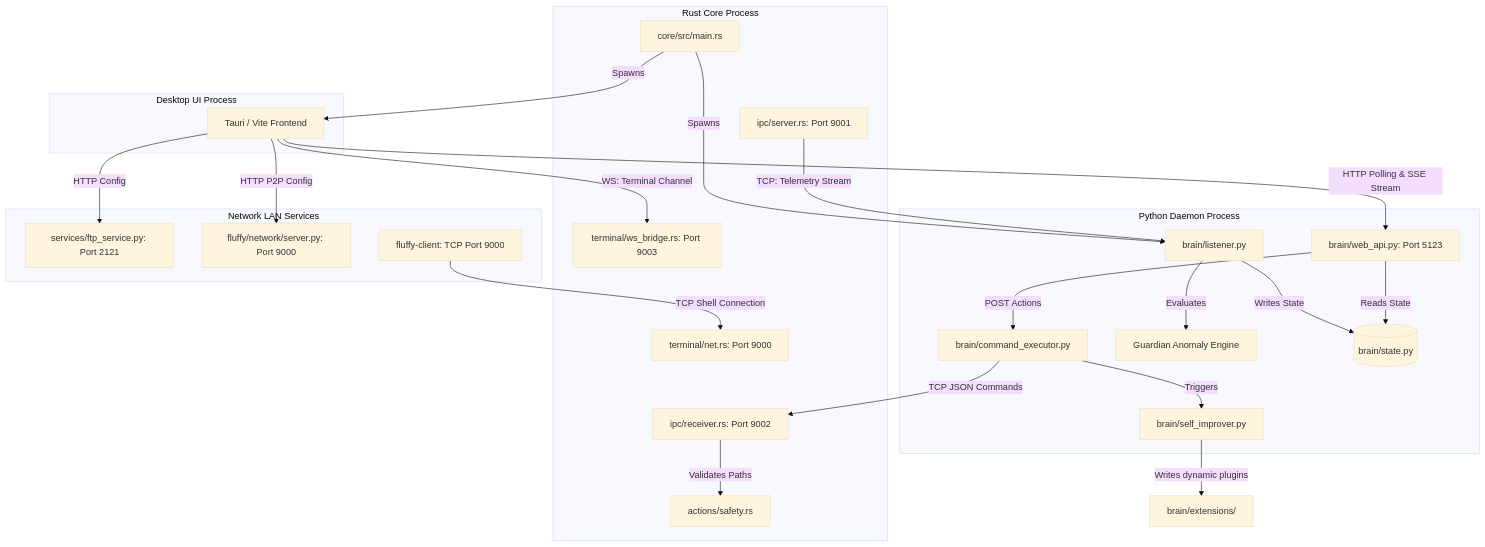
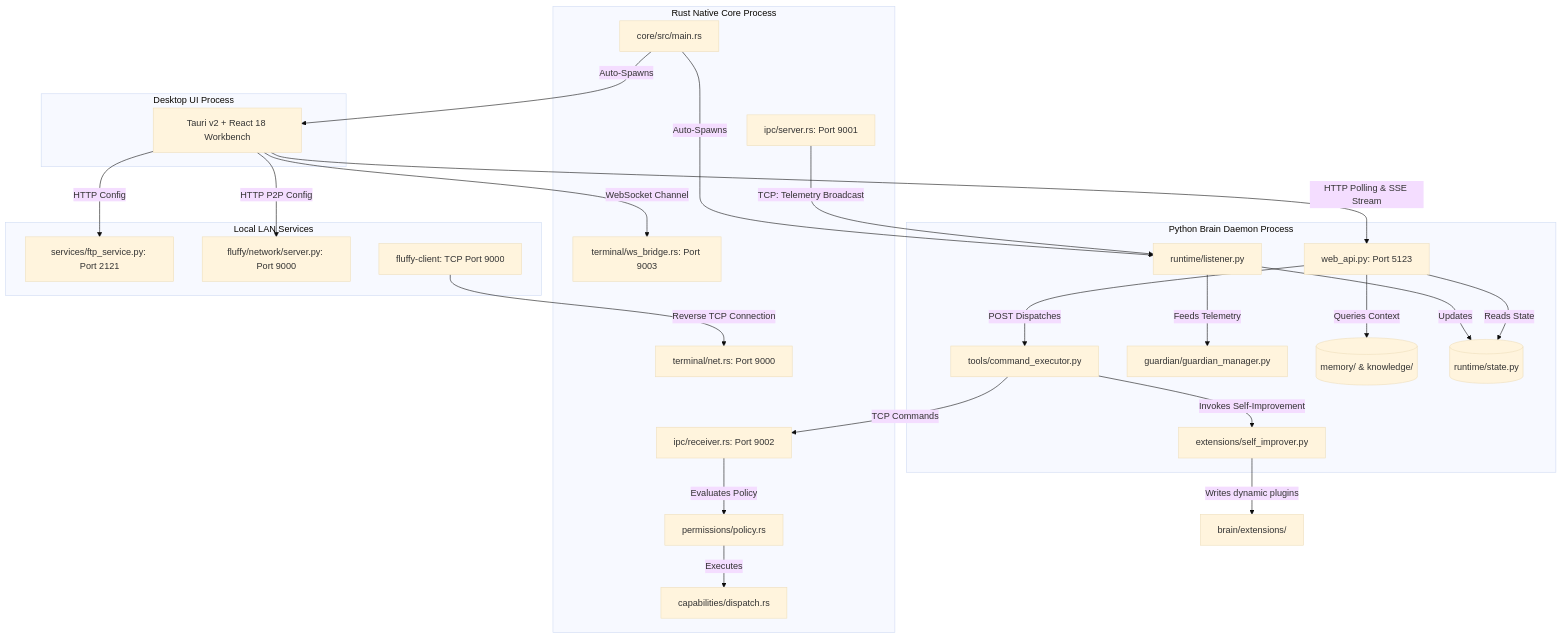
Before and after one commit to peryton00/Fluffy_Assistent: the diagram in agent.md, drawn with Mermaid (base theme). The commit also changed other lines of this file and 29 other files, not shown here.

Commit message:
docs: establish comprehensive documentation hub and reorganize architecture guides

````diff
--- a/agent.md
+++ b/agent.md
@@ -300,54 +190,56 @@
 ```mermaid
 graph TD
-    subgraph Rust Core Process
-        main[core/src/main.rs]
+    subgraph Rust Native Core Process
+        core_main[core/src/main.rs]
         cmd_srv[ipc/receiver.rs: Port 9002]
         tel_srv[ipc/server.rs: Port 9001]
         ws_srv[terminal/ws_bridge.rs: Port 9003]
         term_listener[terminal/net.rs: Port 9000]
-        safety[actions/safety.rs]
+        safety_policy[permissions/policy.rs]
+        cap_dispatch[capabilities/dispatch.rs]
     end
 
-    subgraph Python Daemon Process
-        listener[brain/listener.py]
-        flask[brain/web_api.py: Port 5123]
-        executor[brain/command_executor.py]
-        improver[brain/self_improver.py]
-        guardian[Guardian Anomaly Engine]
-        state[(brain/state.py)]
+    subgraph Python Brain Daemon Process
+        py_listener[runtime/listener.py]
+        flask_api[web_api.py: Port 5123]
+        agent_exec[tools/command_executor.py]
+        improver[extensions/self_improver.py]
+        guardian_engine[guardian/guardian_manager.py]
+        mem_store[(memory/ & knowledge/)]
+        global_state[(runtime/state.py)]
     end
 
     subgraph Desktop UI Process
-        tauri[Tauri / Vite Frontend]
+        tauri_app[Tauri v2 + React 18 Workbench]
     end
 
-    subgraph Network LAN Services
-        ftp[services/ftp_service.py: Port 2121]
+    subgraph Local LAN Services
+        ftp_service[services/ftp_service.py: Port 2121]
         p2p_node[fluffy/network/server.py: Port 9000]
-        client_agent[fluffy-client: TCP Port 9000]
+        remote_agent[fluffy-client: TCP Port 9000]
     end
 
-    %% Sockets & Communication Protocols
-    main -->|Spawns| listener
-    main -->|Spawns| tauri
-    
-    tel_srv -->|TCP: Telemetry Stream| listener
-    listener -->|Evaluates| guardian
-    listener -->|Writes State| state
-    
-    tauri -->|HTTP Polling & SSE Stream| flask
-    tauri -->|WS: Terminal Channel| ws_srv
-    flask -->|Reads State| state
-    
-    flask -->|POST Actions| executor
-    executor -->|TCP JSON Commands| cmd_srv
-    cmd_srv -->|Validates Paths| safety
-    
-    client_agent -->|TCP Shell Connection| term_listener
-    
-    executor -->|Triggers| improver
+    core_main -->|Auto-Spawns| py_listener
+    core_main -->|Auto-Spawns| tauri_app
+
+    tel_srv -->|TCP: Telemetry Broadcast| py_listener
+    py_listener -->|Feeds Telemetry| guardian_engine
+    py_listener -->|Updates| global_state
+
+    tauri_app -->|HTTP Polling & SSE Stream| flask_api
+    tauri_app -->|WebSocket Channel| ws_srv
+    flask_api -->|Reads State| global_state
+    flask_api -->|Queries Context| mem_store
+
+    flask_api -->|POST Dispatches| agent_exec
+    agent_exec -->|TCP Commands| cmd_srv
+    cmd_srv -->|Evaluates Policy| safety_policy
+    safety_policy -->|Executes| cap_dispatch
+
+    remote_agent -->|Reverse TCP Connection| term_listener
+    agent_exec -->|Invokes Self-Improvement| improver
     improver -->|Writes dynamic plugins| folder[brain/extensions/]
-    
-    tauri -->|HTTP Config| ftp
-    tauri -->|HTTP P2P Config| p2p_node
+
+    tauri_app -->|HTTP Config| ftp_service
+    tauri_app -->|HTTP P2P Config| p2p_node
 ```
````
